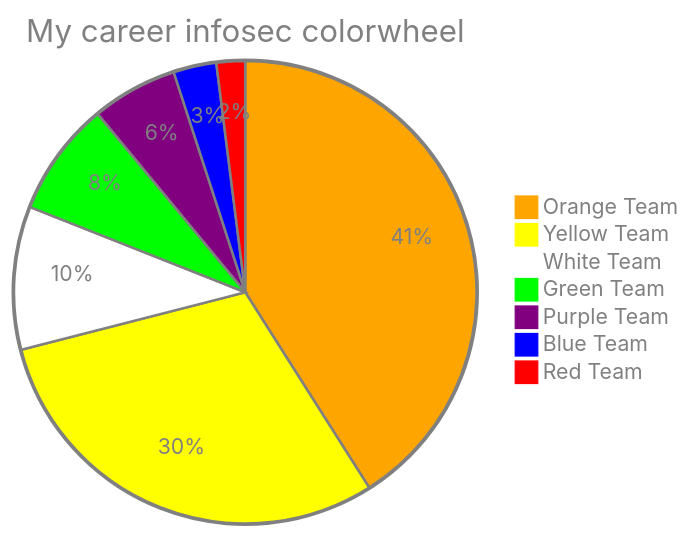
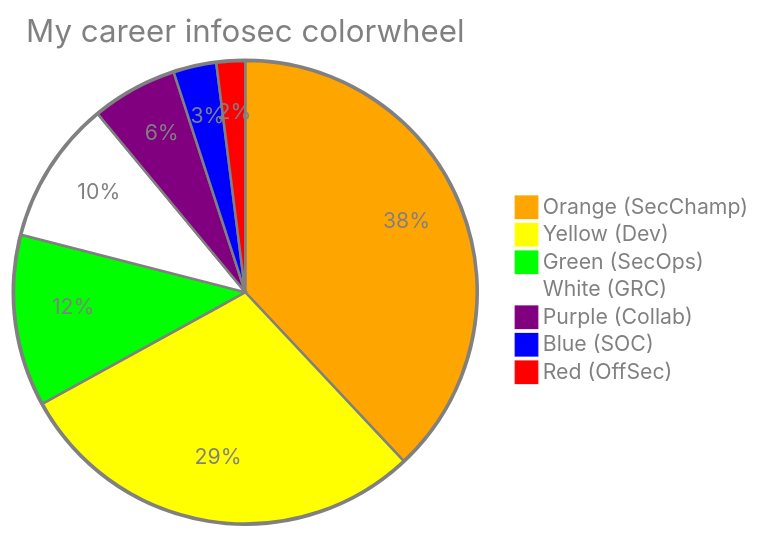
The first of 3 diagrams in README-colorwheel.md (felickz/felickz), drawn with Mermaid before and after one commit. The commit also changed other lines of this file, not shown here.

Commit message:
Finalize colorwheel numbers and per-color labels

````diff
--- a/README-colorwheel.md
+++ b/README-colorwheel.md
@@ -10,12 +10,12 @@
 ```mermaid
-%%{init: {'theme': 'base', 'themeVariables': { 'pie1': '#FFA500', 'pie2': '#FFFF00', 'pie3': '#FFFFFF', 'pie4': '#00FF00', 'pie5': '#800080', 'pie6': '#0000FF', 'pie7': '#ff0000', 'pieOpacity': '1', 'pieStrokeColor': '#808080', 'pieOuterStrokeColor': '#808080', 'pieTitleTextColor': '#808080', 'pieLegendTextColor': '#808080', 'pieSectionTextColor': '#808080'}}}%%
+%%{init: {'theme': 'base', 'themeVariables': { 'pie1': '#FFA500', 'pie2': '#FFFF00', 'pie3': '#00FF00', 'pie4': '#FFFFFF', 'pie5': '#800080', 'pie6': '#0000FF', 'pie7': '#ff0000', 'pieOpacity': '1', 'pieStrokeColor': '#808080', 'pieOuterStrokeColor': '#808080', 'pieTitleTextColor': '#808080', 'pieLegendTextColor': '#808080', 'pieSectionTextColor': '#808080'}}}%%
 pie
   title My career infosec colorwheel
-  "Orange Team" : 41
-  "Yellow Team" : 30
-  "White Team" : 10
-  "Green Team" : 8
-  "Purple Team" : 6
-  "Blue Team" : 3
-  "Red Team" : 2
+  "Orange (SecChamp)" : 38
+  "Yellow (Dev)" : 29
+  "Green (SecOps)" : 12
+  "White (GRC)" : 10
+  "Purple (Collab)" : 6
+  "Blue (SOC)" : 3
+  "Red (OffSec)" : 2
 ```
````
